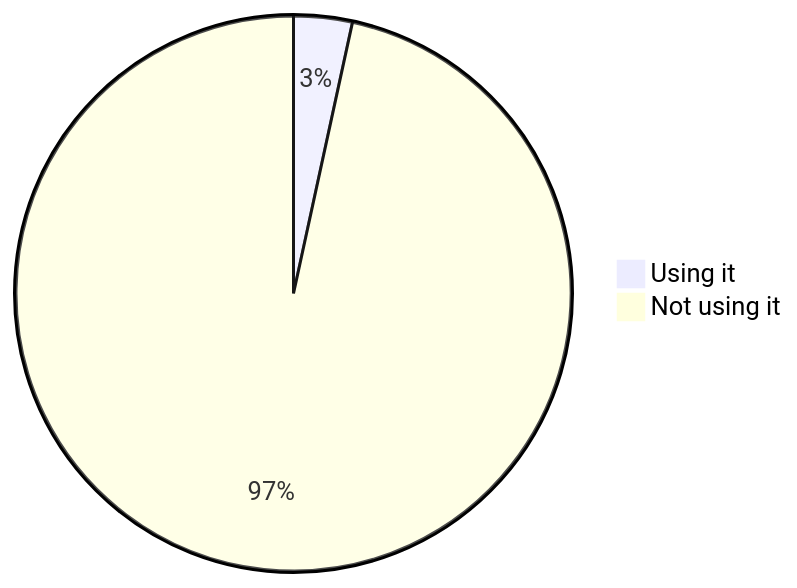
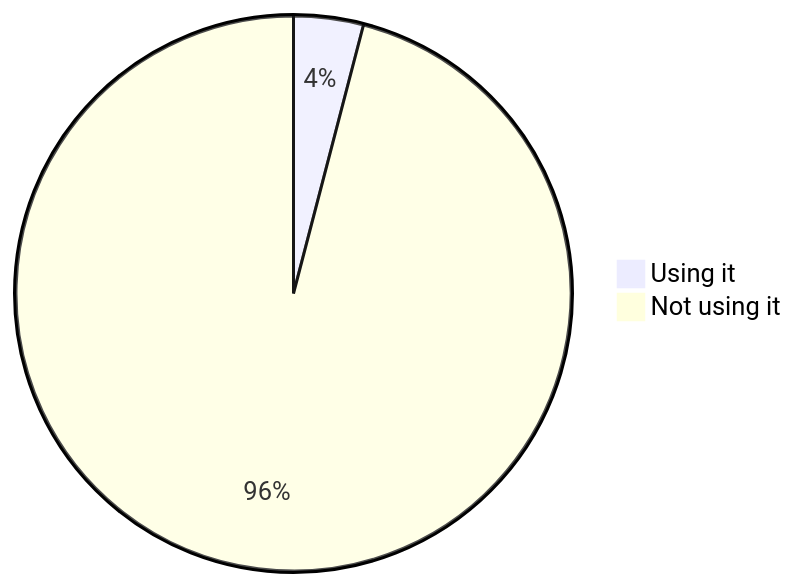
Diagram 17 of 22 in stats.md (oshp/oshp-stats), drawn with Mermaid before and after one commit. The commit also changed other lines of this file, not shown here.

````diff
--- a/stats.md
+++ b/stats.md
@@ -202,6 +202,6 @@
 ```mermaid
 pie
-	"Using it" : 3.41
-	"Not using it" : 96.59
+	"Using it" : 4.06
+	"Not using it" : 95.94
 
 ```
````
